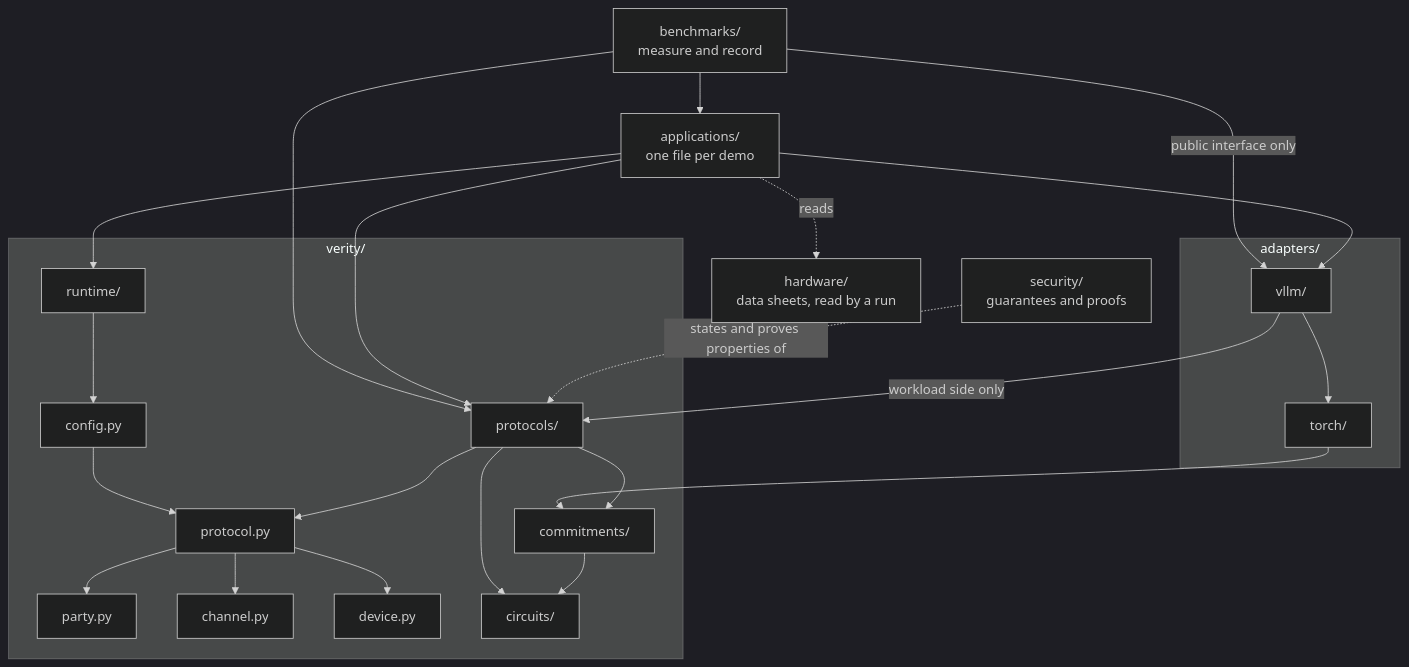
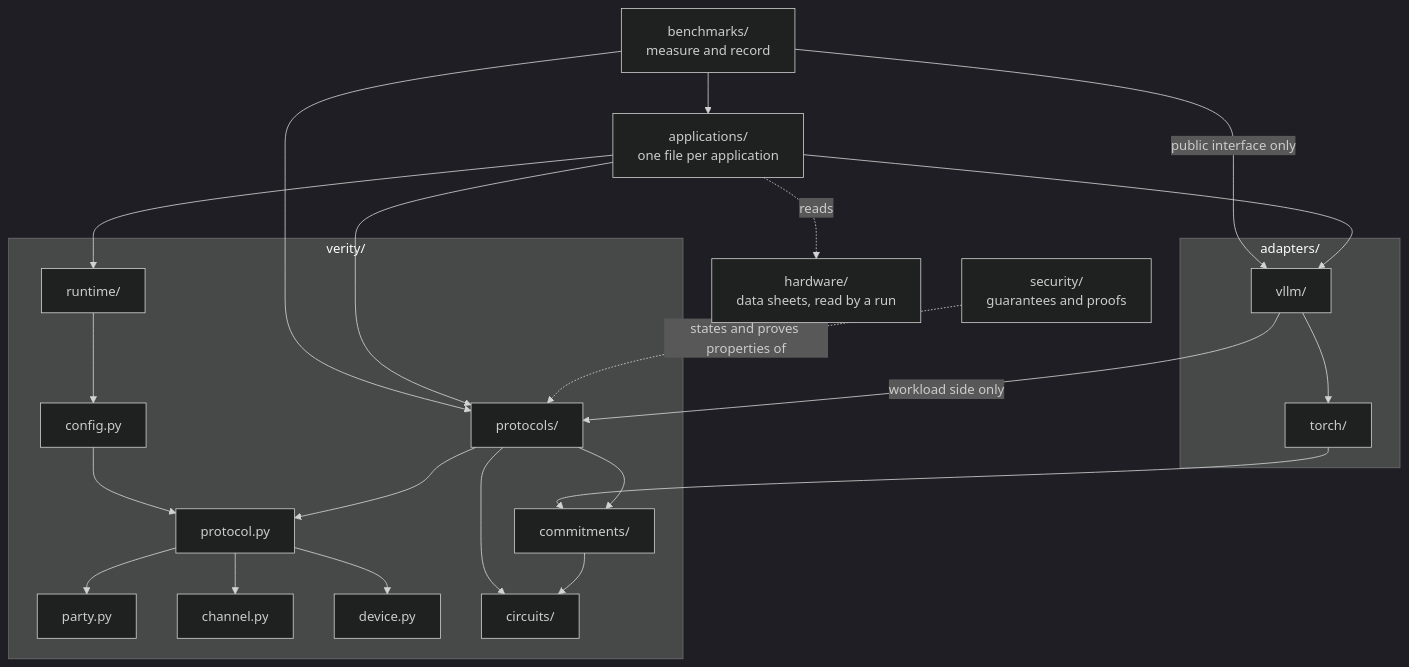
The third of 5 diagrams in ARCHITECTURE.md (compute-verification/verity), drawn with Mermaid (dark theme) before and after one commit. The commit also changed other lines of this file and 1 other file, not shown here.

Commit message:
Applications: ARCHITECTURE.md says application where it means one, and the move's map carries no attribution
After the move of demos/ to applications/ (#10815): the layers' table, the diagram's node, the tree and three rows of
the table of what is true today still said demo for an application's file; they say application. One line, the
orchestration script of the archived end-to-end demo, stays. tools/move/applications_map.toml loses a comment's
attribution, which the lane-text lint counts as a new site (review-78's and vllm's notes on #10815).

````diff
--- a/ARCHITECTURE.md
+++ b/ARCHITECTURE.md
@@ -115,42 +115,42 @@
 ```mermaid
 flowchart TD
     bench["benchmarks/<br/>measure and record"]
-    demos["applications/<br/>one file per demo"]
+    apps["applications/<br/>one file per application"]
     hw["hardware/<br/>data sheets, read by a run"]
     subgraph adapters["adapters/"]
         vllm["vllm/"]
         torch["torch/"]
     end
     subgraph verity["verity/"]
         runtime["runtime/"]
         config["config.py"]
         protocol["protocol.py"]
         party["party.py"]
         channel["channel.py"]
         device["device.py"]
         protocols["protocols/"]
         commitments["commitments/"]
         circuits["circuits/"]
     end
     security["security/<br/>guarantees and proofs"]
-    bench --> demos
+    bench --> apps
     bench --> protocols
     bench -- "public interface only" --> vllm
-    demos --> runtime
-    demos --> vllm
-    demos --> protocols
-    demos -. "reads" .-> hw
+    apps --> runtime
+    apps --> vllm
+    apps --> protocols
+    apps -. "reads" .-> hw
     vllm --> torch
     vllm -- "workload side only" --> protocols
     torch --> commitments
     runtime --> config
     config --> protocol
     protocol --> party
     protocol --> channel
     protocol --> device
     protocols --> protocol
     protocols --> commitments
     protocols --> circuits
     commitments --> circuits
     security -. "states and proves properties of" .-> protocols
 ```
````
